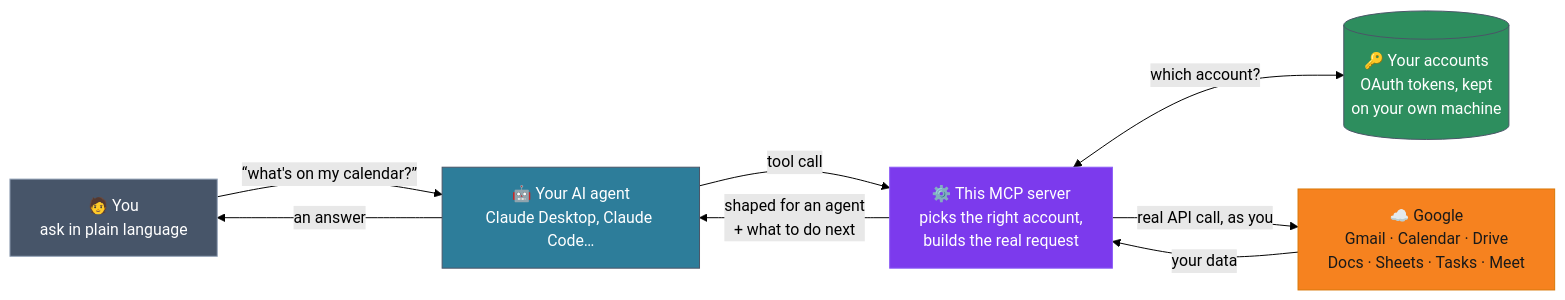
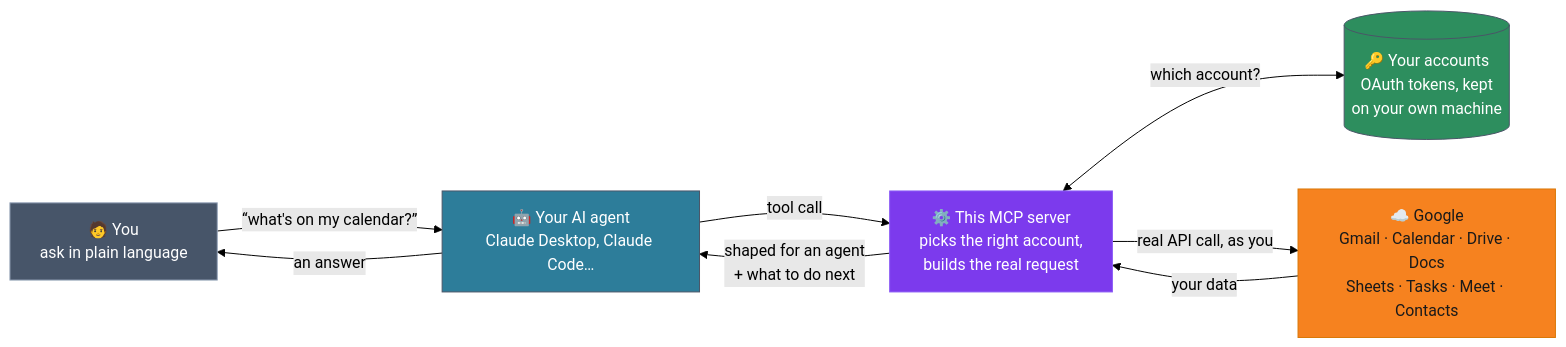
Before and after one commit to aaronsb/google-workspace-mcp: the first of 2 diagrams in README.md, drawn with Mermaid (forest theme). The commit also changed other lines of this file and 5 other files, not shown here.

````diff
--- a/README.md
+++ b/README.md
@@ -87,28 +87,28 @@
 ```mermaid
 flowchart LR
     human["🧑 You<br>ask in plain language"]
     agent["🤖 Your AI agent<br>Claude Desktop, Claude Code…"]
     server["⚙️ This MCP server<br>picks the right account,<br>builds the real request"]
     keys[("🔑 Your accounts<br>OAuth tokens, kept<br>on your own machine")]
-    google["☁️ Google<br>Gmail · Calendar · Drive<br>Docs · Sheets · Tasks · Meet"]
+    google["☁️ Google<br>Gmail · Calendar · Drive · Docs<br>Sheets · Tasks · Meet · Contacts"]
 
     human -->|"“what's on my calendar?”"| agent
     agent -->|"tool call"| server
     server <-->|"which account?"| keys
     server -->|"real API call, as you"| google
     google -->|"your data"| server
     server -->|"shaped for an agent<br>+ what to do next"| agent
     agent -->|"an answer"| human
 
     classDef person   fill:#475569,color:#ffffff,stroke:#94a3b8
     classDef robot    fill:#2d7d9a,color:#ffffff,stroke:#4a5568
     classDef ours     fill:#7c3aed,color:#ffffff,stroke:#8b5cf6
     classDef secrets  fill:#2d8e5e,color:#ffffff,stroke:#4a5568
     classDef external fill:#f6821f,color:#1a1a1a,stroke:#d97706
 
     class human person
     class agent robot
     class server ours
     class keys secrets
     class google external
 ```
````
